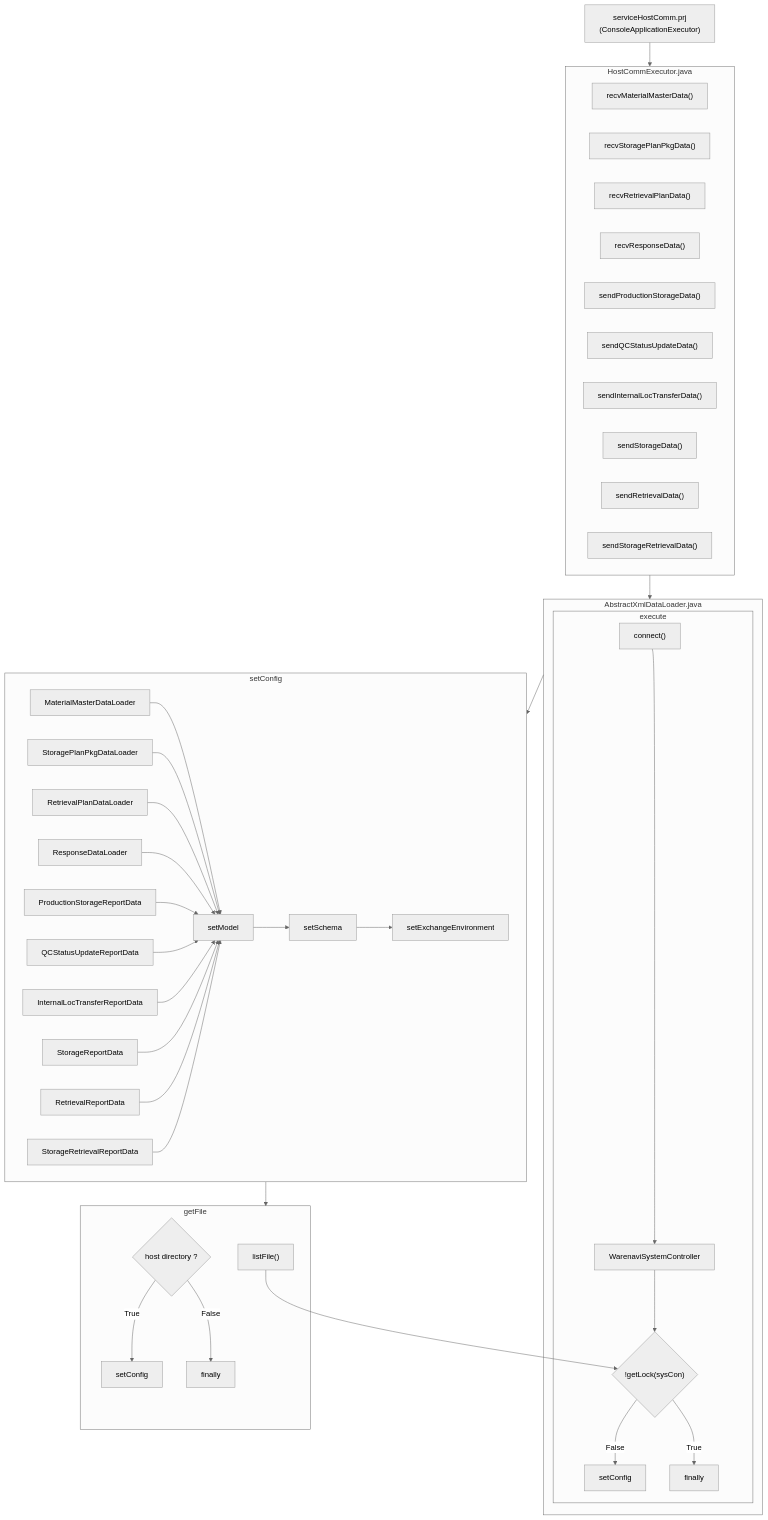
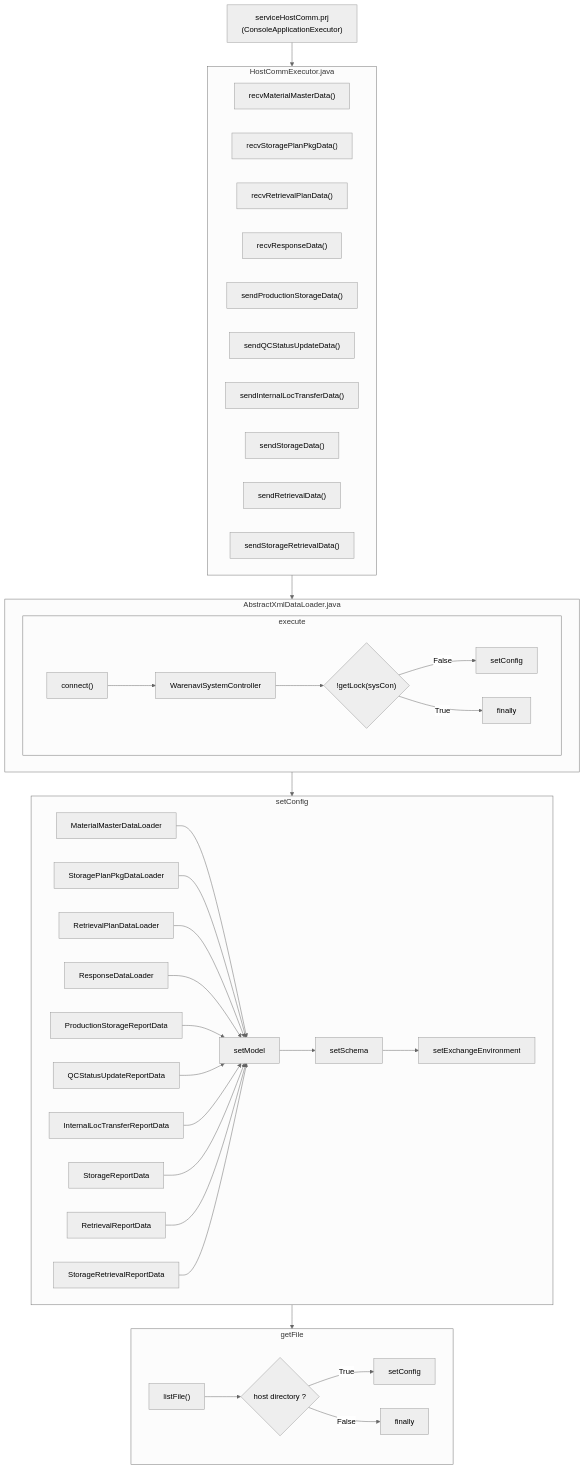
Before and after one commit to luthfiadityaa/SimeDarby-Wiki: the diagram in Basic-Design/Host-Interfaces.md, drawn with Mermaid (neutral theme).

Commit message:
Updated Host Interfaces

```diff
--- a/Basic-Design/Host-Interfaces.md
+++ b/Basic-Design/Host-Interfaces.md
@@ -30,78 +30,78 @@
 ::: mermaid
 flowchart TD
  C1["serviceHostComm.prj<br>(ConsoleApplicationExecutor)"]           
  C1 --> HostCommExecutor.java
  AbstractXmlDataLoader.java
  HostCommExecutor.java --> AbstractXmlDataLoader.java
  AbstractXmlDataLoader.java --> setConfig
 setConfig --> getFile
 
 subgraph HostCommExecutor.java
  C2["recvMaterialMasterData()"]
  C3["recvStoragePlanPkgData()"]
  C4["recvRetrievalPlanData()"]
  C5["recvResponseData()"]
  C6["sendProductionStorageData()"]
  C7["sendQCStatusUpdateData()"]
  C8["sendInternalLocTransferData()"]
  C9["sendStorageData()"]
  C10["sendRetrievalData()"]
  C11["sendStorageRetrievalData()"]
 end
 
 subgraph AbstractXmlDataLoader.java
  execute        
 end
 
 subgraph execute
  C13["connect()"]
  C14["WarenaviSystemController"]
  
  Cond1{"!getLock(sysCon)"} 
 
  C16["setConfig"]
  C15["finally"]
 
  C13 --> C14 --> Cond1
  Cond1 --> |False| C16
  Cond1 --> |True| C15   
 end
 
 subgraph setConfig
 
  E11["setModel"]
  E12["setSchema"]
  E13["setExchangeEnvironment"]
 
  E11--> E12 --> E13
 
  C21["MaterialMasterDataLoader"] --> E11
  C22["StoragePlanPkgDataLoader"] --> E11
  C23["RetrievalPlanDataLoader"] --> E11
  C24["ResponseDataLoader"] --> E11
  C25["ProductionStorageReportData"] --> E11
  C26["QCStatusUpdateReportData"] --> E11
  C27["InternalLocTransferReportData"] --> E11
  C28["StorageReportData"] --> E11
  C29["RetrievalReportData"] --> E11
  C30["StorageRetrievalReportData"] --> E11
 
             
 end
 
 subgraph getFile
  C31["listFile()"]    
 
  Cond2{"host directory ?"}   
 
  C32["setConfig"]
  C33["finally"]
 
- C31 --> Cond1
+ C31 --> Cond2
 
 Cond2 --> |True| C32
 Cond2 --> |False| C33
 
 end
 
 :::
```
